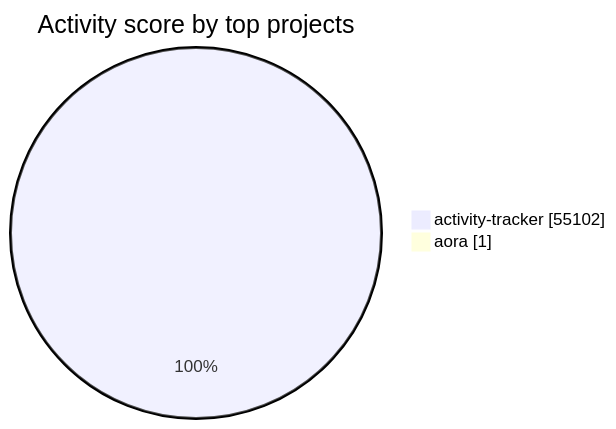
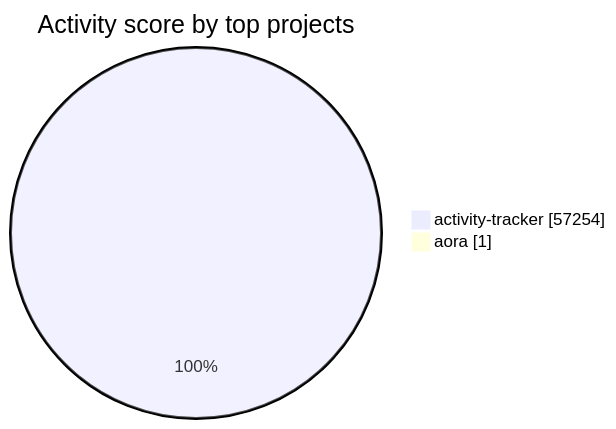
Before and after one commit to Sonkarrushikesh22/activity-tracker: the diagram in visualizations/README.md, drawn with Mermaid. The commit also changed other lines of this file and 4 other files, not shown here.

````diff
--- a/visualizations/README.md
+++ b/visualizations/README.md
@@ -33,6 +33,6 @@
 ```mermaid
 pie showData
     title Activity score by top projects
-    "activity-tracker" : 55102
+    "activity-tracker" : 57254
     "aora" : 1
 ```
````
